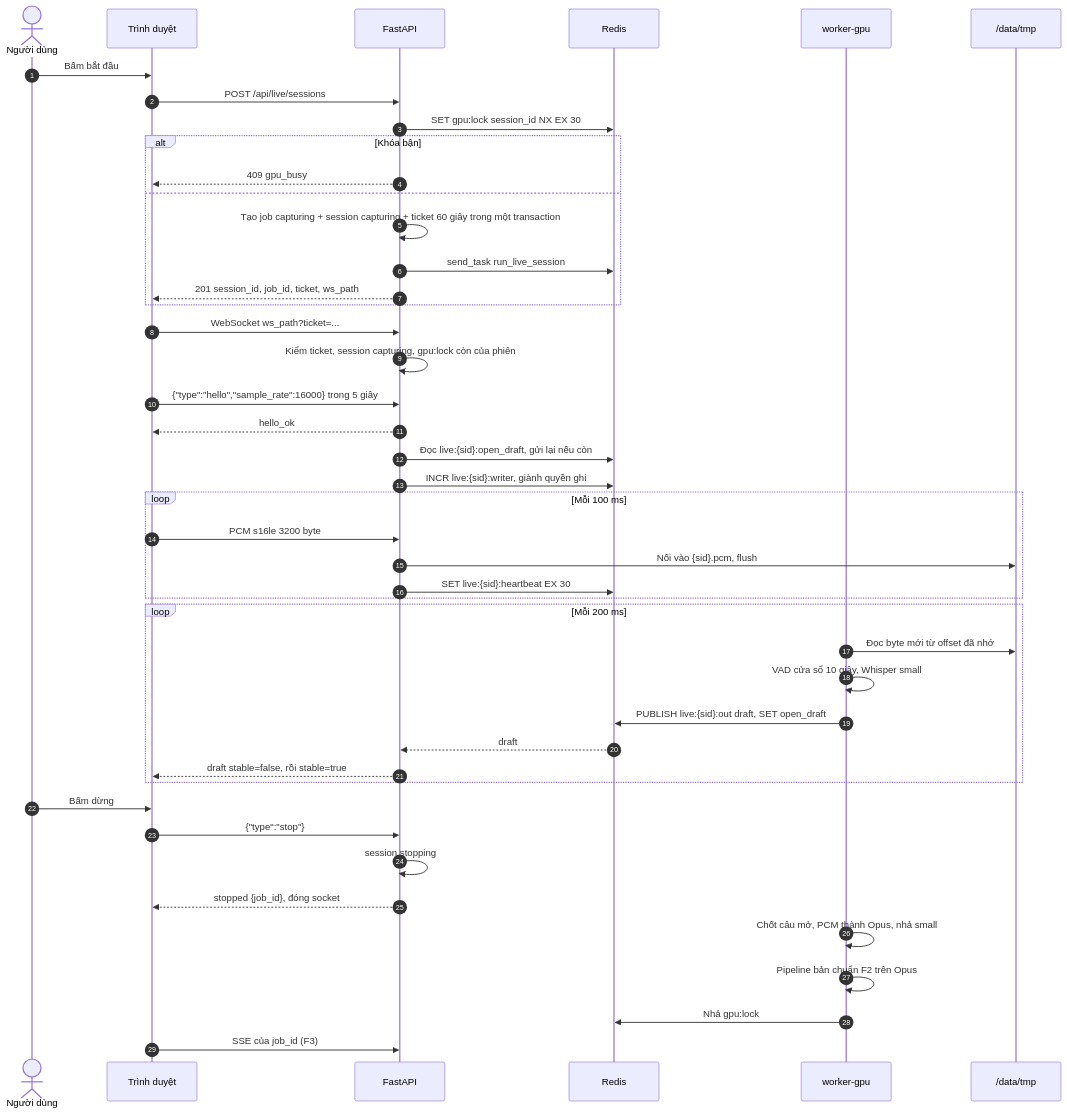
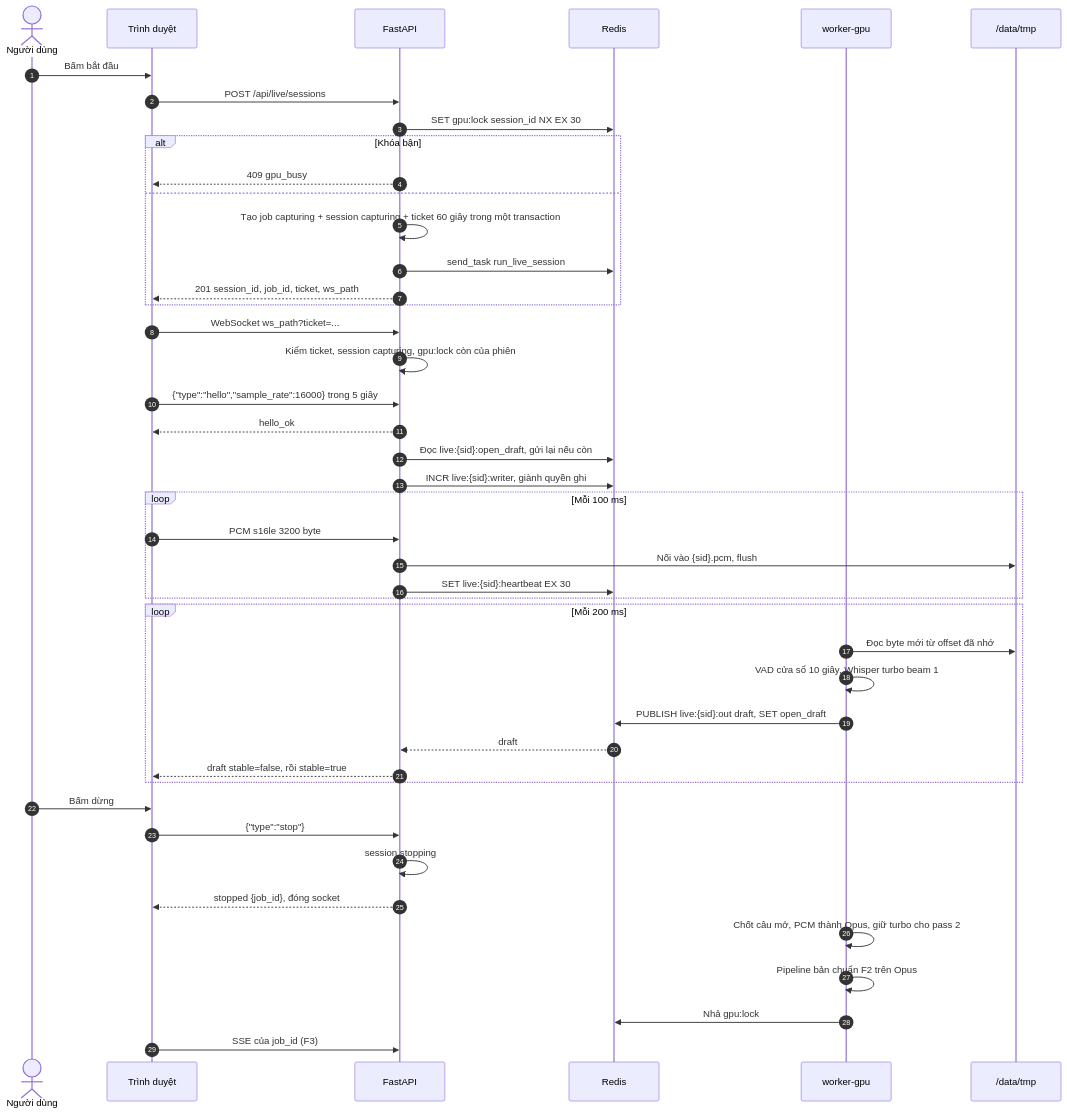
Before and after one commit to Pharos107/meeting-lecture-assistant: the sixth of 9 diagrams in docs/FLOWS.md, drawn with Mermaid. The commit also changed other lines of this file and 5 other files, not shown here.

````diff
--- a/docs/FLOWS.md
+++ b/docs/FLOWS.md
@@ -293,51 +293,51 @@
 ```mermaid
 sequenceDiagram
   autonumber
   actor U as Người dùng
   participant FE as Trình duyệt
   participant API as FastAPI
   participant R as Redis
   participant W as worker-gpu
   participant FS as /data/tmp
 
   U->>FE: Bấm bắt đầu
   FE->>API: POST /api/live/sessions
   API->>R: SET gpu:lock session_id NX EX 30
   alt Khóa bận
     API-->>FE: 409 gpu_busy
   else
     API->>API: Tạo job capturing + session capturing + ticket 60 giây trong một transaction
     API->>R: send_task run_live_session
     API-->>FE: 201 session_id, job_id, ticket, ws_path
   end
 
   FE->>API: WebSocket ws_path?ticket=...
   API->>API: Kiểm ticket, session capturing, gpu:lock còn của phiên
   FE->>API: {"type":"hello","sample_rate":16000} trong 5 giây
   API-->>FE: hello_ok
   API->>R: Đọc live:{sid}:open_draft, gửi lại nếu còn
   API->>R: INCR live:{sid}:writer, giành quyền ghi
 
   loop Mỗi 100 ms
     FE->>API: PCM s16le 3200 byte
     API->>FS: Nối vào {sid}.pcm, flush
     API->>R: SET live:{sid}:heartbeat EX 30
   end
 
   loop Mỗi 200 ms
     W->>FS: Đọc byte mới từ offset đã nhớ
-    W->>W: VAD cửa sổ 10 giây, Whisper small
+    W->>W: VAD cửa sổ 10 giây, Whisper turbo beam 1
     W->>R: PUBLISH live:{sid}:out draft, SET open_draft
     R-->>API: draft
     API-->>FE: draft stable=false, rồi stable=true
   end
 
   U->>FE: Bấm dừng
   FE->>API: {"type":"stop"}
   API->>API: session stopping
   API-->>FE: stopped {job_id}, đóng socket
-  W->>W: Chốt câu mở, PCM thành Opus, nhả small
+  W->>W: Chốt câu mở, PCM thành Opus, giữ turbo cho pass 2
   W->>W: Pipeline bản chuẩn F2 trên Opus
   W->>R: Nhả gpu:lock
   FE->>API: SSE của job_id (F3)
 ```
````
